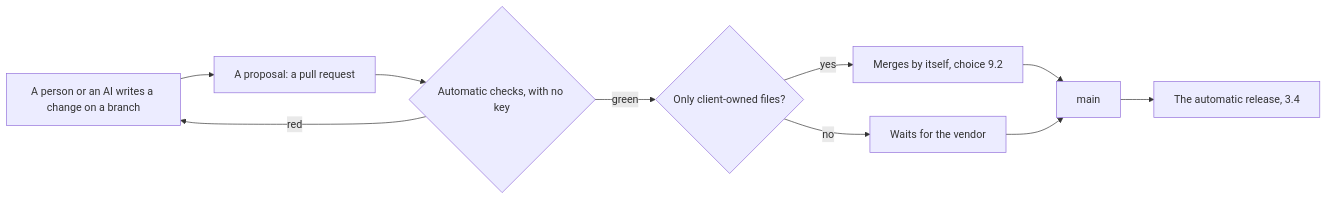
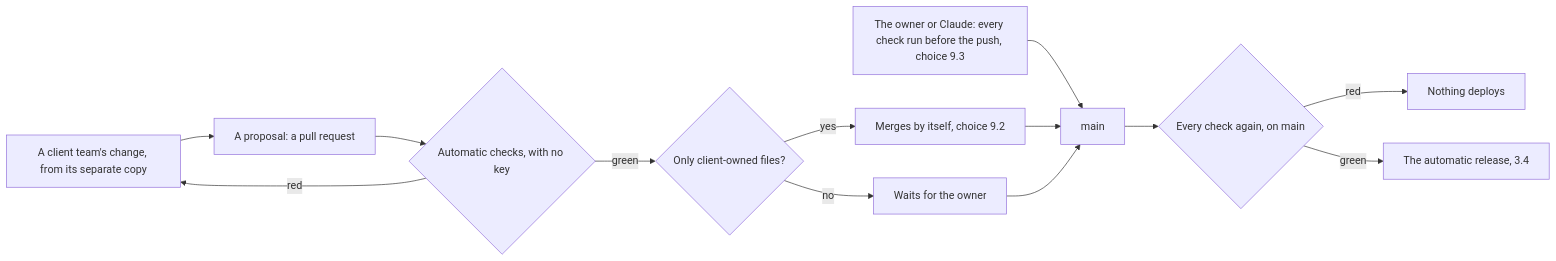
Before and after one commit to Harshil8136/chess-game1: the first of 3 diagrams in synced-docs/cf-admin/documentation/program/platform-kit/18-research-automated-delivery.md, drawn with Mermaid. The commit also changed other lines of this file and 4 other files, not shown here.

````diff
--- a/synced-docs/cf-admin/documentation/program/platform-kit/18-research-automated-delivery.md
+++ b/synced-docs/cf-admin/documentation/program/platform-kit/18-research-automated-delivery.md
@@ -110,12 +111,15 @@
 ```mermaid
 flowchart LR
-  A[A person or an AI writes a change on a branch] --> B[A proposal: a pull request]
+  V[The owner or Claude: every check run before the push, choice 9.3] --> G[main]
+  A[A client team's change, from its separate copy] --> B[A proposal: a pull request]
   B --> C{Automatic checks, with no key}
   C -- red --> A
   C -- green --> D{Only client-owned files?}
   D -- yes --> E[Merges by itself, choice 9.2]
-  D -- no --> F[Waits for the vendor]
-  E --> G[main]
+  D -- no --> F[Waits for the owner]
+  E --> G
   F --> G
-  G --> H[The automatic release, 3.4]
+  G --> H{Every check again, on main}
+  H -- red --> X[Nothing deploys]
+  H -- green --> I[The automatic release, 3.4]
 ```
````
